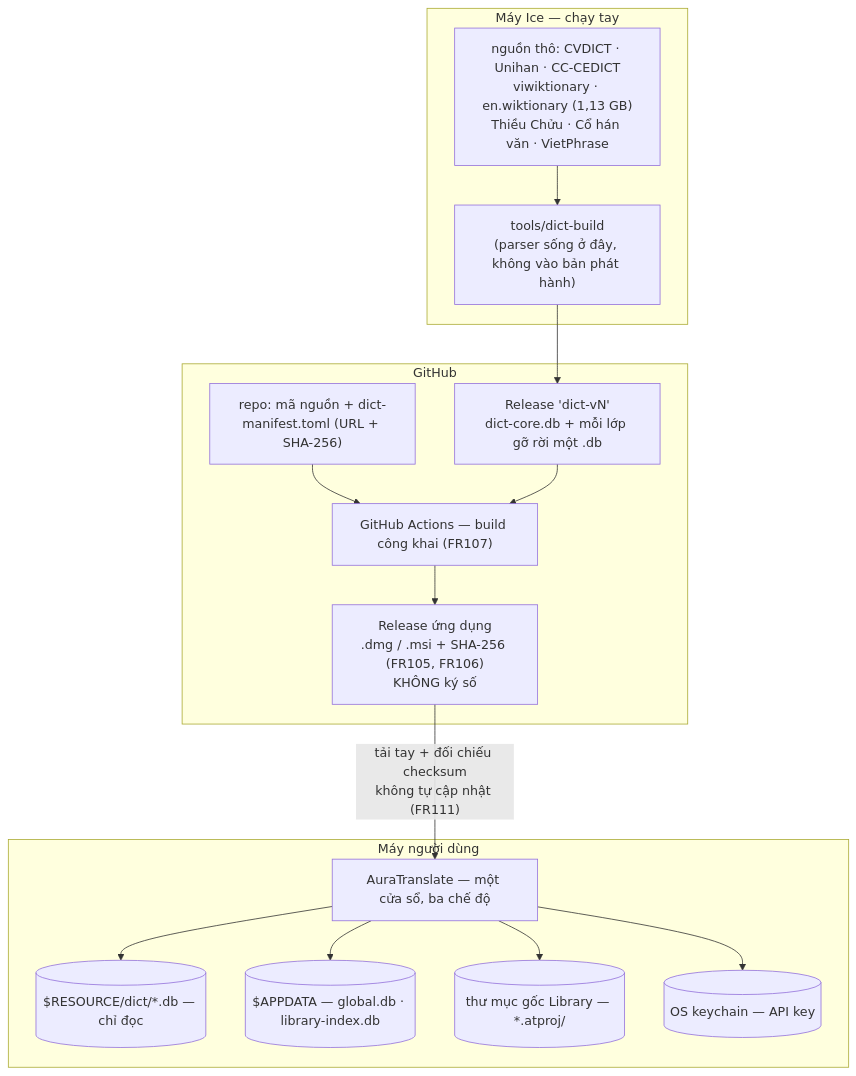
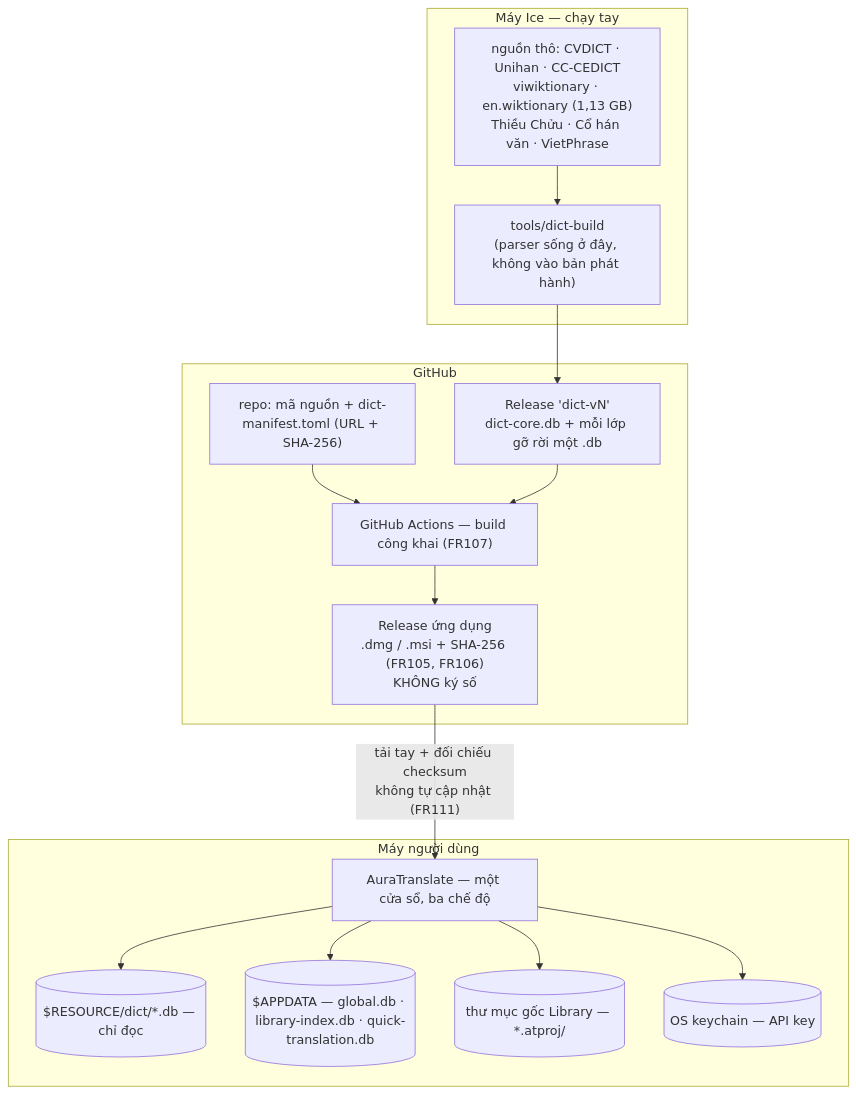
One commit to vannamhh/AuraTranslate changed the third of 4 diagrams in _bmad-output/initiative-auratranslate/architecture-auratranslate/architecture-auratranslate.md. Above: the diagram before and after it, drawn with Mermaid. The commit also changed other lines of this file and 5 other files, not shown here.

````diff
--- a/_bmad-output/initiative-auratranslate/architecture-auratranslate/architecture-auratranslate.md
+++ b/_bmad-output/initiative-auratranslate/architecture-auratranslate/architecture-auratranslate.md
@@ -1687,30 +1737,30 @@
 ```mermaid
 graph TB
   subgraph dev["Máy Ice — chạy tay"]
     RAW["nguồn thô: CVDICT · Unihan · CC-CEDICT<br/>viwiktionary · en.wiktionary (1,13 GB)<br/>Thiều Chửu · Cổ hán văn · VietPhrase"]
     TOOL["tools/dict-build<br/>(parser sống ở đây, không vào bản phát hành)"]
     RAW --> TOOL
   end
   subgraph gh["GitHub"]
     REL["Release 'dict-vN'<br/>dict-core.db + mỗi lớp gỡ rời một .db"]
     REPO["repo: mã nguồn + dict-manifest.toml (URL + SHA-256)"]
     CI["GitHub Actions — build công khai (FR107)"]
     RELAPP["Release ứng dụng<br/>.dmg / .msi + SHA-256 (FR105, FR106)<br/>KHÔNG ký số"]
     REPO --> CI
     REL --> CI
     CI --> RELAPP
   end
   subgraph user["Máy người dùng"]
     APP["AuraTranslate — một cửa sổ, ba chế độ"]
     RES[("$RESOURCE/dict/*.db — chỉ đọc")]
-    APPD[("$APPDATA — global.db · library-index.db")]
+    APPD[("$APPDATA — global.db · library-index.db · quick-translation.db")]
     LIB[("thư mục gốc Library — *.atproj/")]
     KC[("OS keychain — API key")]
     APP --> RES
     APP --> APPD
     APP --> LIB
     APP --> KC
   end
   TOOL --> REL
   RELAPP -->|"tải tay + đối chiếu checksum<br/>không tự cập nhật (FR111)"| APP
 ```
````
